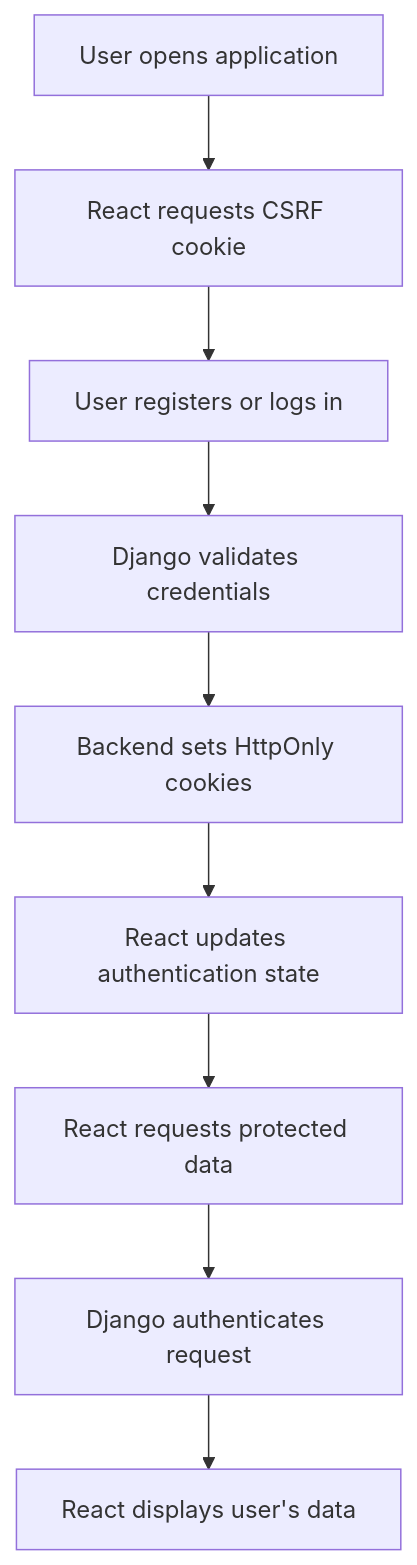
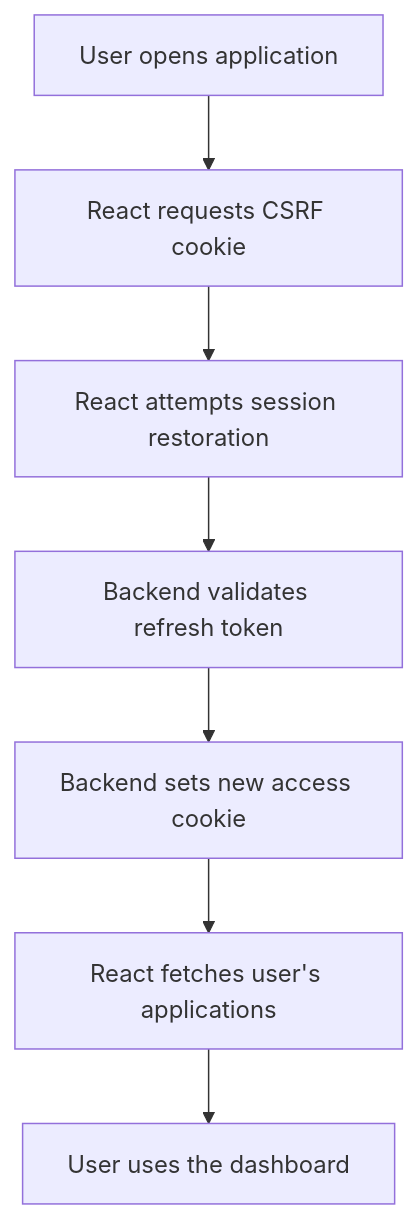
The first of 2 diagrams in phase-06-real-full-stack/docs/auth-flow.md (sadikbaba/frontend-mastery), drawn with Mermaid before and after one commit. The commit also changed other lines of this file and 32 other files, not shown here.

````diff
--- a/phase-06-real-full-stack/docs/auth-flow.md
+++ b/phase-06-real-full-stack/docs/auth-flow.md
@@ -13,11 +13,9 @@
 ```mermaid
 flowchart TD
     A[User opens application] --> B[React requests CSRF cookie]
-    B --> C[User registers or logs in]
-    C --> D[Django validates credentials]
-    D --> E[Backend sets HttpOnly cookies]
-    E --> F[React updates authentication state]
-    F --> G[React requests protected data]
-    G --> H[Django authenticates request]
-    H --> I[React displays user's data]
+    B --> C[React attempts session restoration]
+    C --> D[Backend validates refresh token]
+    D --> E[Backend sets new access cookie]
+    E --> F[React fetches user's applications]
+    F --> G[User uses the dashboard]
 ```
````
